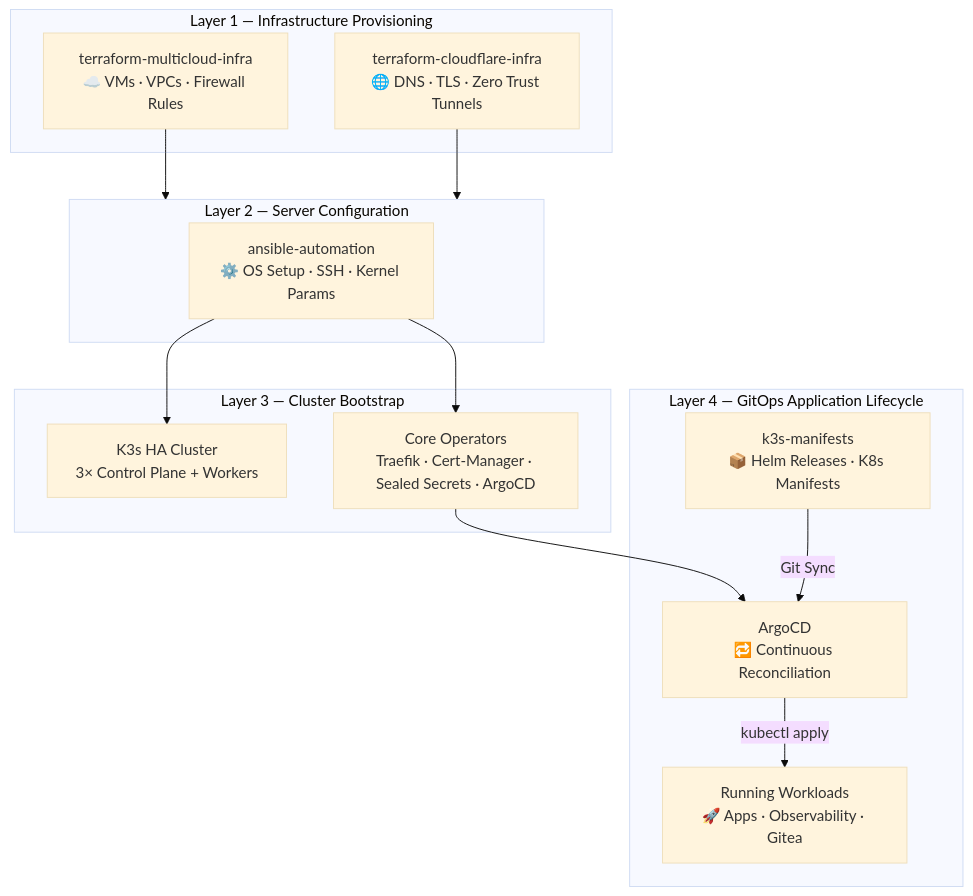
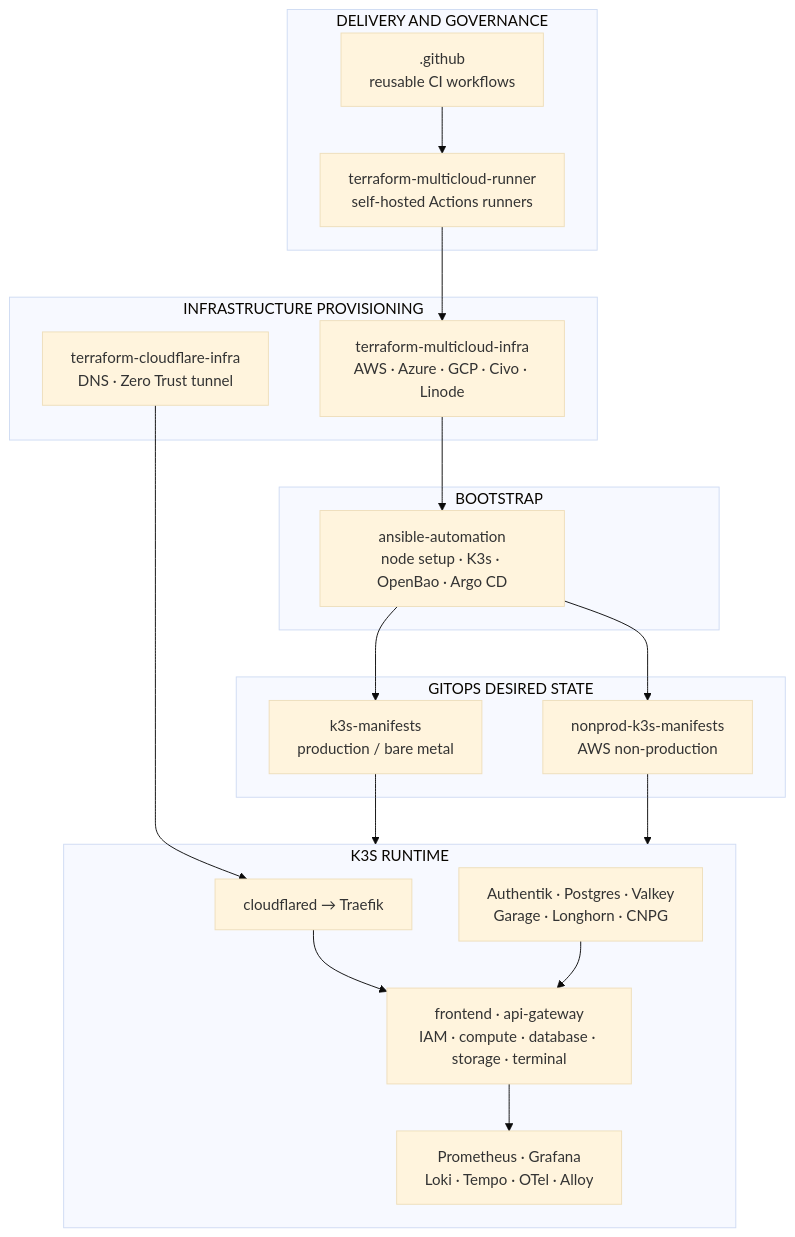
The first of 5 diagrams in docs/architecture.md (freecloudinitiative/docs), drawn with Mermaid (base theme) before and after one commit. The commit also changed other lines of this file and 11 other files, not shown here.

Commit message:
docs: document multi-repo architecture and align theme

````diff
--- a/docs/architecture.md
+++ b/docs/architecture.md
@@ -14,30 +7,40 @@
 ```mermaid
-flowchart TD
-    subgraph L1["Layer 1 — Infrastructure Provisioning"]
-        TMC["terraform-multicloud-infra\n☁️ VMs · VPCs · Firewall Rules"]
-        TCF["terraform-cloudflare-infra\n🌐 DNS · TLS · Zero Trust Tunnels"]
+flowchart TB
+    subgraph Delivery["DELIVERY AND GOVERNANCE"]
+        GH[".github\nreusable CI workflows"]
+        RUN["terraform-multicloud-runner\nself-hosted Actions runners"]
     end
 
-    subgraph L2["Layer 2 — Server Configuration"]
-        ANS1["ansible-automation\n⚙️ OS Setup · SSH · Kernel Params"]
+    subgraph Provision["INFRASTRUCTURE PROVISIONING"]
+        TF["terraform-multicloud-infra\nAWS · Azure · GCP · Civo · Linode"]
+        CF["terraform-cloudflare-infra\nDNS · Zero Trust tunnel"]
     end
 
-    subgraph L3["Layer 3 — Cluster Bootstrap"]
-        K3S["K3s HA Cluster\n3× Control Plane + Workers"]
-        ANS2["Core Operators\nTraefik · Cert-Manager · Sealed Secrets · ArgoCD"]
+    subgraph Bootstrap["BOOTSTRAP"]
+        ANS["ansible-automation\nnode setup · K3s · OpenBao · Argo CD"]
     end
 
-    subgraph L4["Layer 4 — GitOps Application Lifecycle"]
-        MAN["k3s-manifests\n📦 Helm Releases · K8s Manifests"]
-        ACD["ArgoCD\n🔁 Continuous Reconciliation"]
-        APPS["Running Workloads\n🚀 Apps · Observability · Gitea"]
+    subgraph Desired["GITOPS DESIRED STATE"]
+        PROD["k3s-manifests\nproduction / bare metal"]
+        NONPROD["nonprod-k3s-manifests\nAWS non-production"]
     end
 
-    TMC --> L2
-    TCF --> L2
-    ANS1 --> K3S
-    ANS1 --> ANS2
-    ANS2 --> ACD
-    MAN -->|"Git Sync"| ACD
-    ACD -->|"kubectl apply"| APPS
+    subgraph Runtime["K3S RUNTIME"]
+        EDGE["cloudflared → Traefik"]
+        FOUND["Authentik · Postgres · Valkey\nGarage · Longhorn · CNPG"]
+        APPS["frontend · api-gateway\nIAM · compute · database · storage · terminal"]
+        OBS["Prometheus · Grafana\nLoki · Tempo · OTel · Alloy"]
+    end
+
+    GH --> RUN
+    RUN --> TF
+    TF --> ANS
+    CF --> EDGE
+    ANS --> PROD
+    ANS --> NONPROD
+    PROD --> Runtime
+    NONPROD --> Runtime
+    EDGE --> APPS
+    FOUND --> APPS
+    APPS --> OBS
 ```
````
